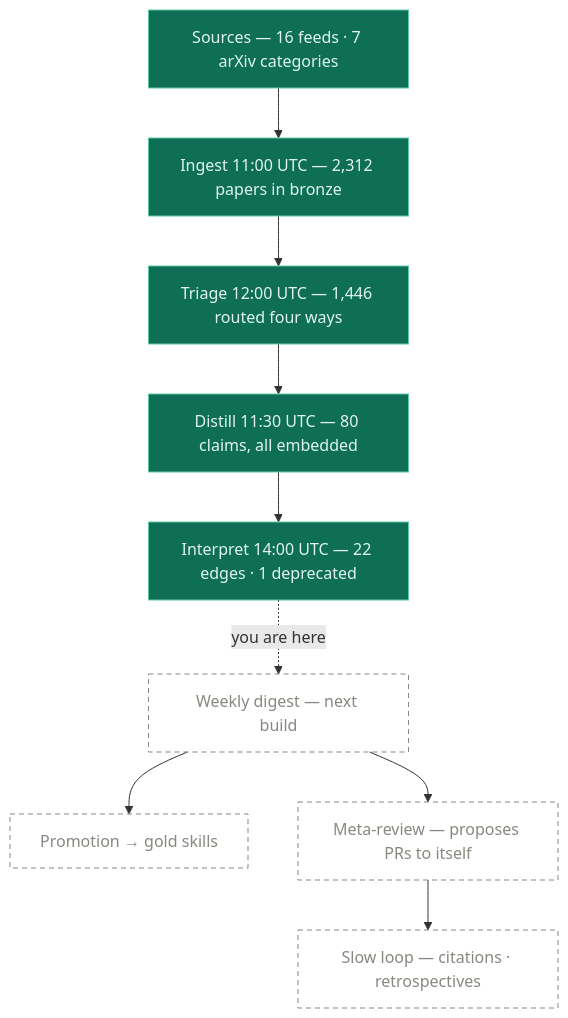
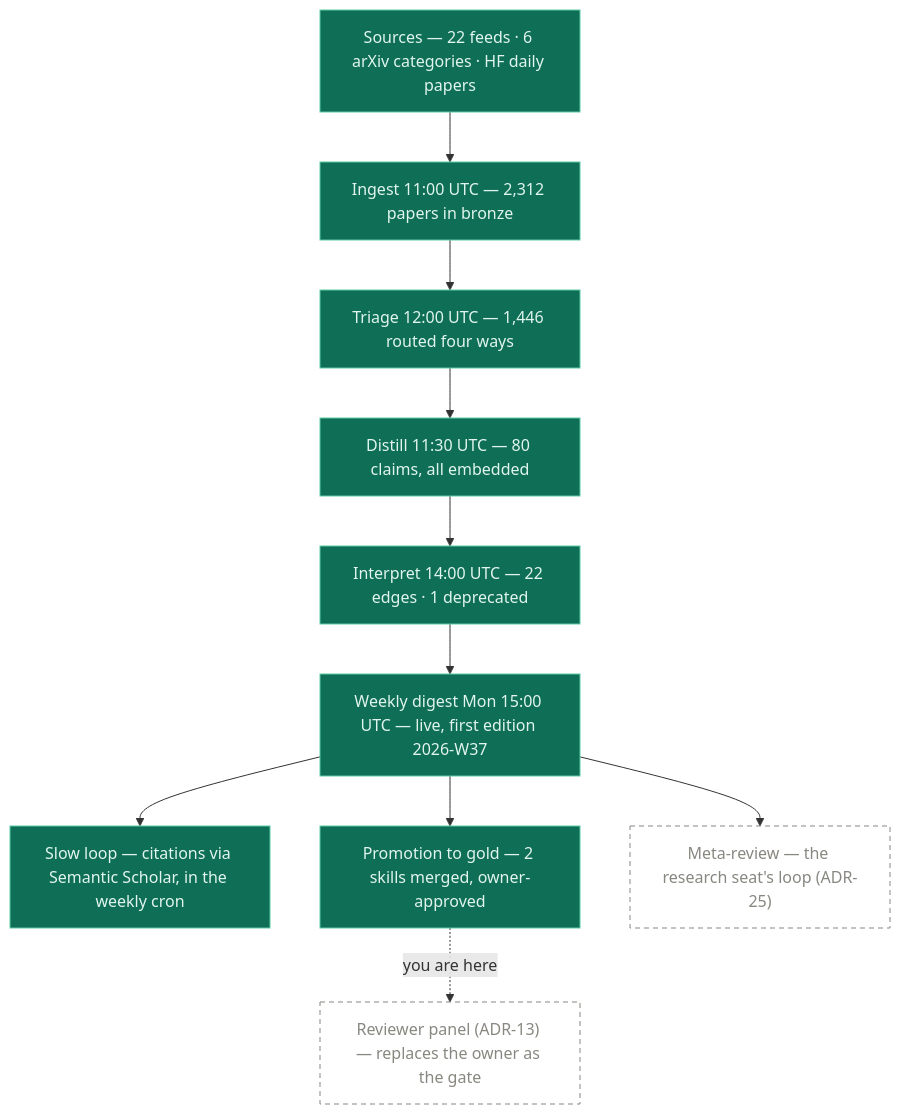
Before and after one commit to alexandrapaiz/alexandria: the first of 4 diagrams in docs/diagrams.md, drawn with Mermaid. The commit also changed other lines of this file, not shown here.

First line of the commit message:
Diagram atlas: add the org diagram, unmark three stations that shipped

````diff
--- a/docs/diagrams.md
+++ b/docs/diagrams.md
@@ -17,21 +31,23 @@
 ```mermaid
 flowchart TB
     classDef live fill:#0F6E56,stroke:#5DCAA5,color:#E1F5EE
     classDef todo fill:none,stroke:#888780,stroke-dasharray:5 4,color:#888780
 
-    SRC["Sources — 16 feeds · 7 arXiv categories"]:::live
+    SRC["Sources — 22 feeds · 6 arXiv categories · HF daily papers"]:::live
     ING["Ingest 11:00 UTC — 2,312 papers in bronze"]:::live
     TRI["Triage 12:00 UTC — 1,446 routed four ways"]:::live
     DIS["Distill 11:30 UTC — 80 claims, all embedded"]:::live
     INT["Interpret 14:00 UTC — 22 edges · 1 deprecated"]:::live
-    DIG["Weekly digest — next build"]:::todo
-    GOLD["Promotion → gold skills"]:::todo
-    META["Meta-review — proposes PRs to itself"]:::todo
-    SLOW["Slow loop — citations · retrospectives"]:::todo
+    DIG["Weekly digest Mon 15:00 UTC — live, first edition 2026-W37"]:::live
+    SLOW["Slow loop — citations via Semantic Scholar, in the weekly cron"]:::live
+    GOLD["Promotion to gold — 2 skills merged, owner-approved"]:::live
+    PANEL["Reviewer panel (ADR-13) — replaces the owner as the gate"]:::todo
+    META["Meta-review — the research seat's loop (ADR-25)"]:::todo
 
     SRC --> ING --> TRI --> DIS --> INT
-    INT -. you are here .-> DIG
+    INT --> DIG
+    DIG --> SLOW
     DIG --> GOLD
+    GOLD -. you are here .-> PANEL
     DIG --> META
-    META --> SLOW
 ```
````
